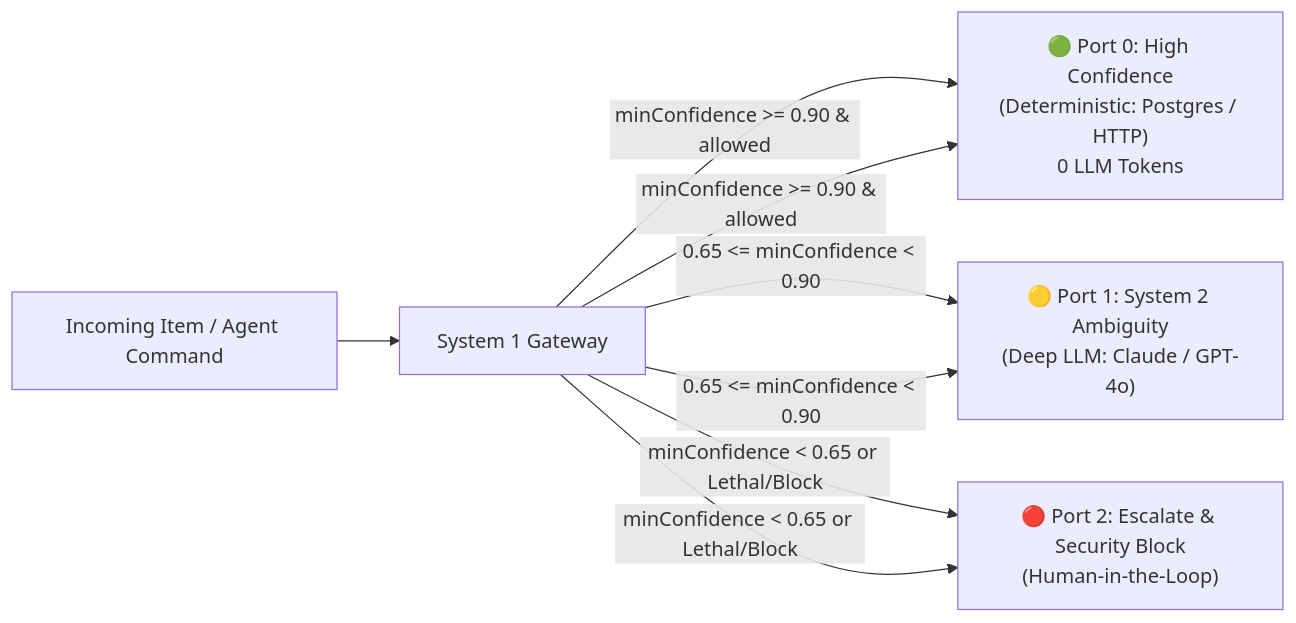
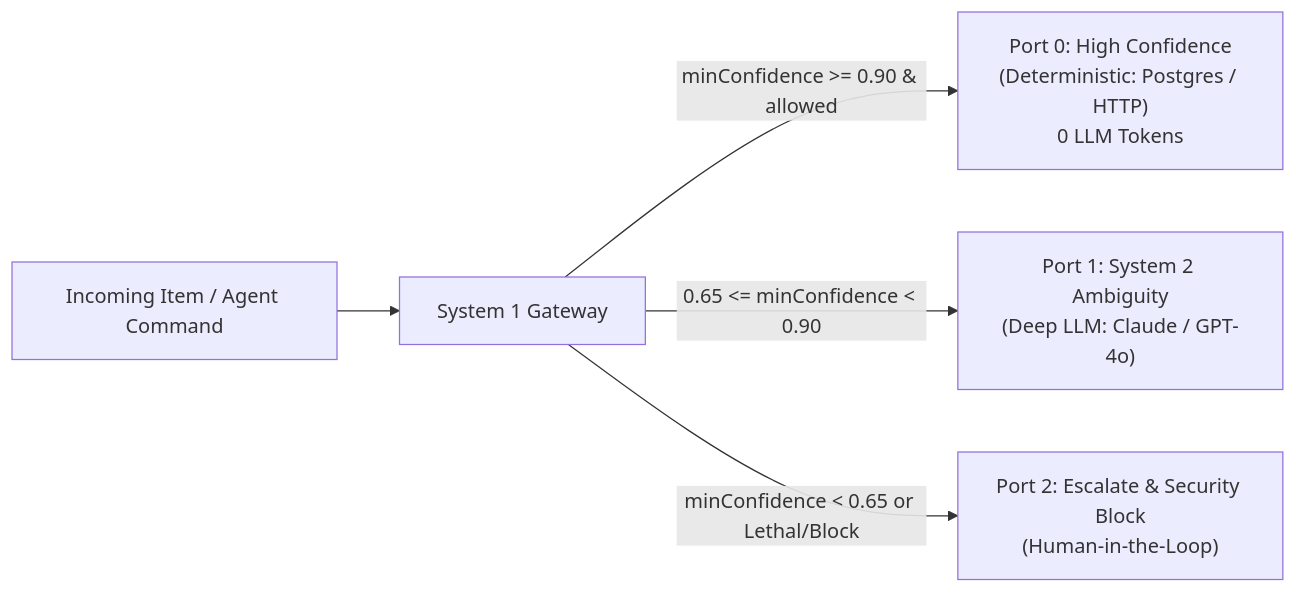
The diagram in README.md (CubicMaldo/n8n-nodes-systemone), drawn with Mermaid before and after one commit. The commit also changed other lines of this file, not shown here.

````diff
--- a/README.md
+++ b/README.md
@@ -68,10 +56,7 @@
 ```mermaid
 flowchart LR
     A[Incoming Item / Agent Command] --> B[System 1 Gateway]
-    B -->|minConfidence >= 0.90 & allowed| Port0["🟢 Port 0: High Confidence<br/>(Deterministic: Postgres / HTTP / Stripe)<br/>0 LLM Tokens"]
-    B -->|0.65 <= minConfidence < 0.90| Port1["🟡 Port 1: System 2 Ambiguity<br/>(Deep LLM: Claude / GPT-4o / Gemini)"]
-    B -->|minConfidence < 0.65 or Lethal/Block| Port2["🔴 Port 2: Escalate & Security Block<br/>(Human-in-the-Loop: Slack / Jira)"]
-    B -->|minConfidence >= 0.90 & allowed| Port0["🟢 Port 0: High Confidence<br/>(Deterministic: Postgres / HTTP)<br/>0 LLM Tokens"]
-    B -->|0.65 <= minConfidence < 0.90| Port1["🟡 Port 1: System 2 Ambiguity<br/>(Deep LLM: Claude / GPT-4o)"]
-    B -->|minConfidence < 0.65 or Lethal/Block| Port2["🔴 Port 2: Escalate & Security Block<br/>(Human-in-the-Loop)"]
+    B -->|minConfidence >= 0.90 & allowed| Port0["Port 0: High Confidence<br/>(Deterministic: Postgres / HTTP)<br/>0 LLM Tokens"]
+    B -->|0.65 <= minConfidence < 0.90| Port1["Port 1: System 2 Ambiguity<br/>(Deep LLM: Claude / GPT-4o)"]
+    B -->|minConfidence < 0.65 or Lethal/Block| Port2["Port 2: Escalate & Security Block<br/>(Human-in-the-Loop)"]
 ```
````
